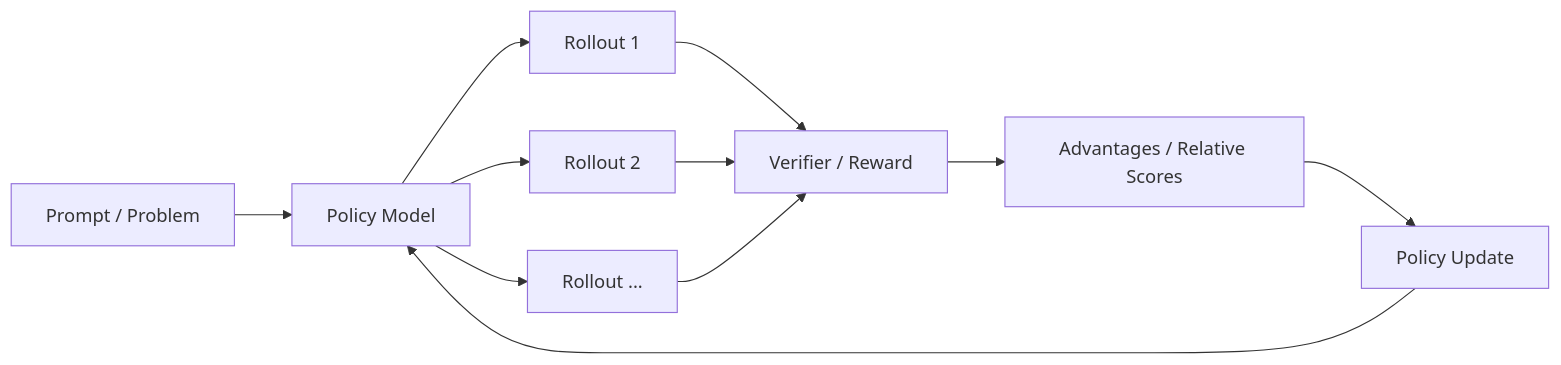
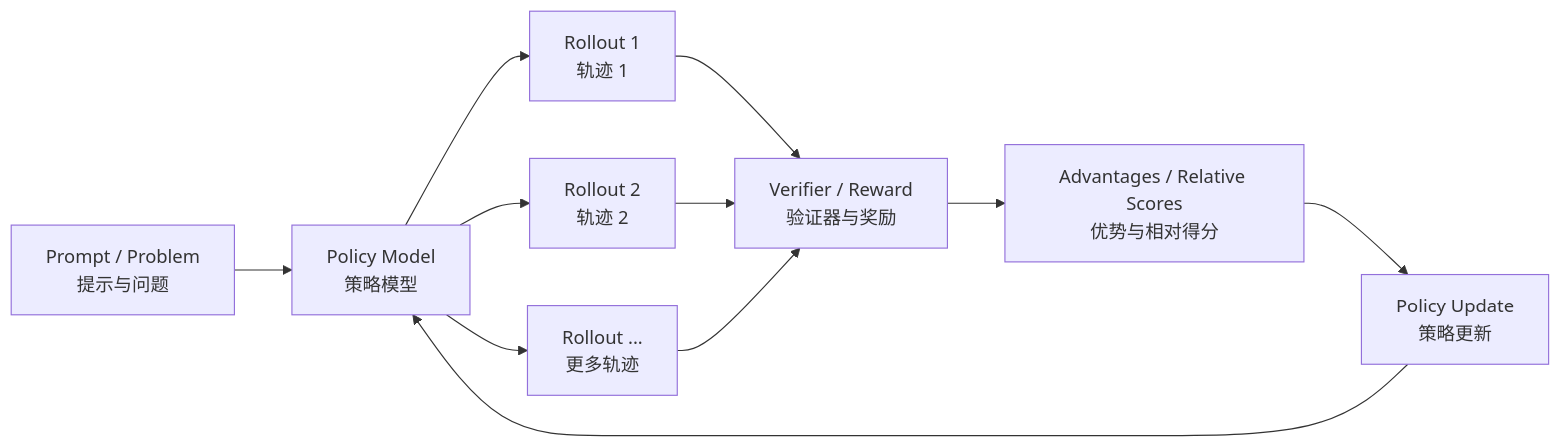
One commit to Yukun-Zheng/LLM-development changed the ninth of 12 diagrams in figures/README.md. Above: the diagram before and after it, drawn with Mermaid. The commit also changed other lines of this file, not shown here.

Commit message:
docs: localize figure labels with Chinese

````diff
--- a/figures/README.md
+++ b/figures/README.md
@@ -234,13 +234,13 @@
 ```mermaid
 flowchart LR
-    P[Prompt / Problem] --> M[Policy Model]
-    M --> R1[Rollout 1]
-    M --> R2[Rollout 2]
-    M --> R3[Rollout ...]
-    R1 --> V[Verifier / Reward]
+    P[Prompt / Problem<br/>提示与问题] --> M[Policy Model<br/>策略模型]
+    M --> R1[Rollout 1<br/>轨迹 1]
+    M --> R2[Rollout 2<br/>轨迹 2]
+    M --> R3[Rollout ...<br/>更多轨迹]
+    R1 --> V[Verifier / Reward<br/>验证器与奖励]
     R2 --> V
     R3 --> V
-    V --> A[Advantages / Relative Scores]
-    A --> U[Policy Update]
+    V --> A[Advantages / Relative Scores<br/>优势与相对得分]
+    A --> U[Policy Update<br/>策略更新]
     U --> M
 ```
````
